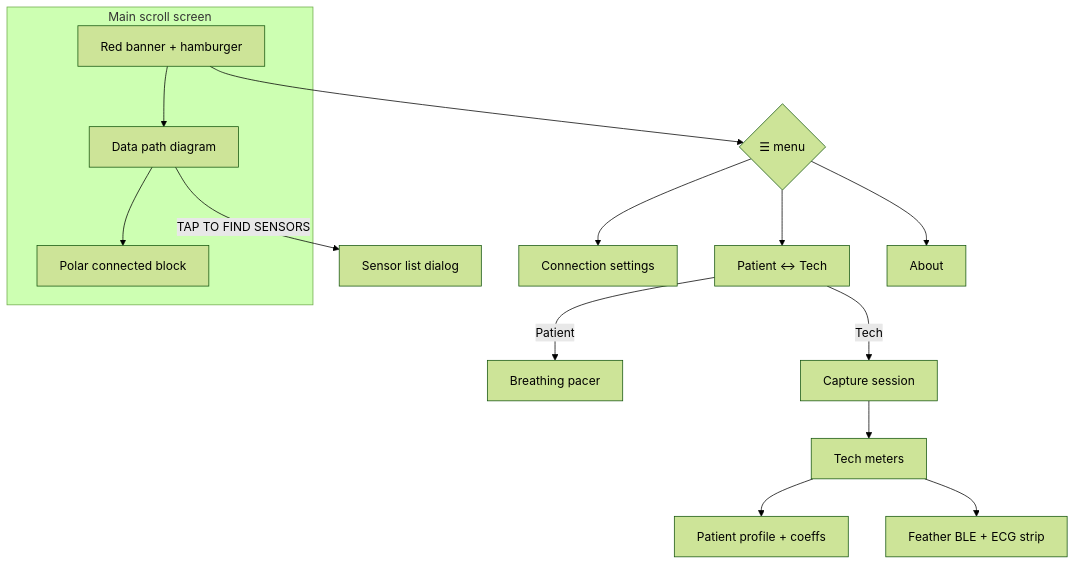
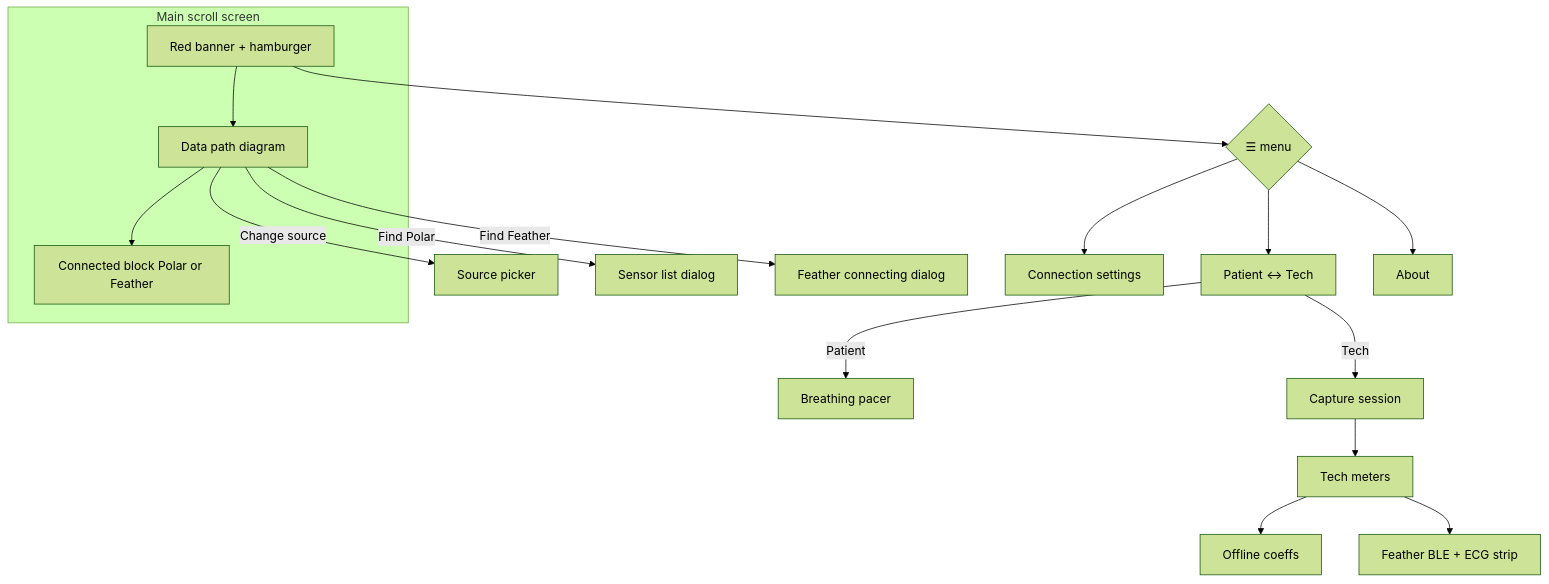
One commit to JoelAtHome/ECG-Phone-Bridge changed the diagram in docs/UI_LAYOUT_MAP.md. Above: the diagram before and after it, drawn with Mermaid (forest theme). The commit also changed other lines of this file and 11 other files, not shown here.

Commit message:
Release 1.0.0-beta.45: unified Polar/Feather source picker on the Data path.

````diff
--- a/docs/UI_LAYOUT_MAP.md
+++ b/docs/UI_LAYOUT_MAP.md
@@ -165,23 +178,25 @@
 ```mermaid
 flowchart TB
   subgraph main [Main scroll screen]
     Banner[Red banner + hamburger]
     Flow[Data path diagram]
-    PolarBlk[Polar connected block]
-    Banner --> Flow --> PolarBlk
+    SrcBlk[Connected block Polar or Feather]
+    Banner --> Flow --> SrcBlk
   end
 
   Menu{☰ menu}
   Banner --> Menu
   Menu --> Conn[Connection settings]
   Menu --> Toggle[Patient ↔ Tech]
   Menu --> About[About]
 
-  Flow -->|TAP TO FIND SENSORS| SensorDlg[Sensor list dialog]
+  Flow -->|Change source| KindDlg[Source picker]
+  Flow -->|Find Polar| SensorDlg[Sensor list dialog]
+  Flow -->|Find Feather| FeatherDlg[Feather connecting dialog]
 
   Toggle -->|Patient| Pacer[Breathing pacer]
   Toggle -->|Tech| Cap[Capture session]
   Cap --> Tech[Tech meters]
-  Tech --> Prof[Patient profile + coeffs]
+  Tech --> Prof[Offline coeffs]
   Tech --> Fble[Feather BLE + ECG strip]
 ```
````
